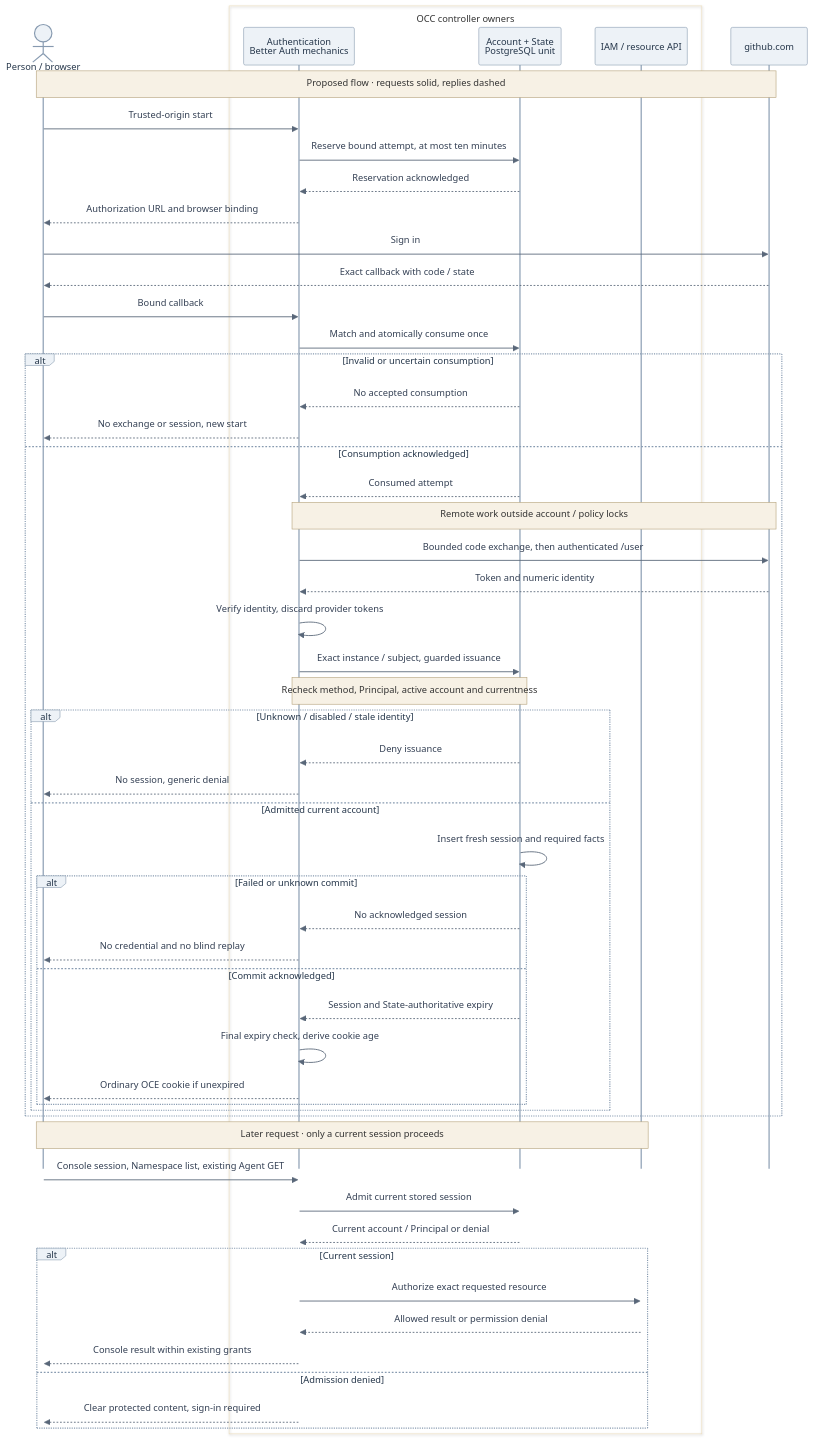
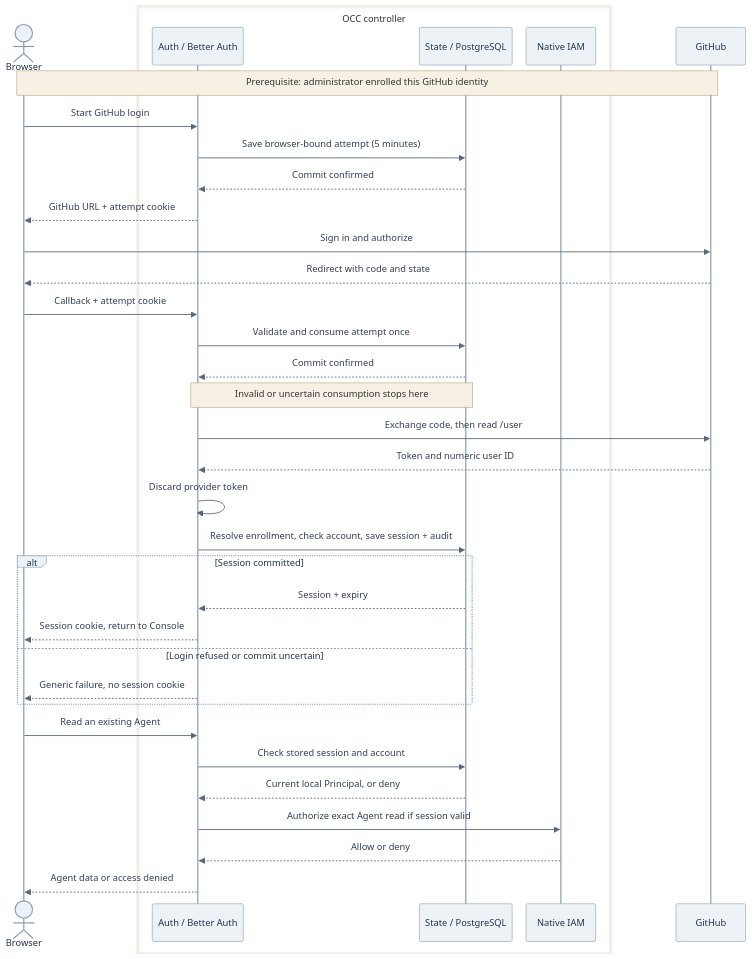
The diagram in specs/31-human-federated-sign-in/request-lifecycle.mmd (IsaiahStapleton/openclaw-enterprise), drawn with Mermaid before and after one commit. The commit also changed 7 other files, not shown here.

Commit message:
docs: clarify the GitHub sign-in MVP contract

```diff
--- a/specs/31-human-federated-sign-in/request-lifecycle.mmd
+++ b/specs/31-human-federated-sign-in/request-lifecycle.mmd
@@ -1,75 +1,56 @@
 ---
 config:
   theme: base
   htmlLabels: true
   themeVariables:
     fontSize: 15px
     actorBkg: "#EDF2F7"
     actorBorder: "#879AB0"
     actorTextColor: "#25364A"
     signalColor: "#596779"
     signalTextColor: "#344054"
     noteBkgColor: "#F7F1E5"
     noteBorderColor: "#B3A078"
   sequence:
-    mirrorActors: false
+    mirrorActors: true
     useMaxWidth: true
     actorMargin: 24
-    width: 132
-    messageMargin: 22
-    noteMargin: 12
+    width: 120
+    messageMargin: 20
+    noteMargin: 10
 ---
 sequenceDiagram
-  actor Browser as Person / browser
-  box OCC controller owners
-    participant Auth as Authentication<br/>Better Auth mechanics
-    participant State as Account + State<br/>PostgreSQL unit
-    participant IAM as IAM / resource API
+  actor Browser
+  box OCC controller
+    participant Auth as Auth / Better Auth
+    participant State as State / PostgreSQL
+    participant IAM as Native IAM
   end
-  participant GitHub as github.com
-  Note over Browser,GitHub: Proposed flow · requests solid, replies dashed
-  Browser->>Auth: Trusted-origin start
-  Auth->>State: Reserve bound attempt, at most ten minutes
-  State-->>Auth: Reservation acknowledged
-  Auth-->>Browser: Authorization URL and browser binding
-  Browser->>GitHub: Sign in
-  GitHub-->>Browser: Exact callback with code / state
-  Browser->>Auth: Bound callback
-  Auth->>State: Match and atomically consume once
-  alt Invalid or uncertain consumption
-    State-->>Auth: No accepted consumption
-    Auth-->>Browser: No exchange or session, new start
-  else Consumption acknowledged
-    State-->>Auth: Consumed attempt
-    Note over Auth,GitHub: Remote work outside account / policy locks
-    Auth->>GitHub: Bounded code exchange, then authenticated /user
-    GitHub-->>Auth: Token and numeric identity
-    Auth->>Auth: Verify identity, discard provider tokens
-    Auth->>State: Exact instance / subject, guarded issuance
-    Note over Auth,State: Recheck method, Principal, active account and currentness
-    alt Unknown / disabled / stale identity
-      State-->>Auth: Deny issuance
-      Auth-->>Browser: No session, generic denial
-    else Admitted current account
-      State->>State: Insert fresh session and required facts
-      alt Failed or unknown commit
-        State-->>Auth: No acknowledged session
-        Auth-->>Browser: No credential and no blind replay
-      else Commit acknowledged
-        State-->>Auth: Session and State-authoritative expiry
-        Auth->>Auth: Final expiry check, derive cookie age
-        Auth-->>Browser: Ordinary OCE cookie if unexpired
-      end
-    end
+  participant GitHub
+  Note over Browser,GitHub: Prerequisite: administrator enrolled this GitHub identity
+  Browser->>Auth: Start GitHub login
+  Auth->>State: Save browser-bound attempt (5 minutes)
+  State-->>Auth: Commit confirmed
+  Auth-->>Browser: GitHub URL + attempt cookie
+  Browser->>GitHub: Sign in and authorize
+  GitHub-->>Browser: Redirect with code and state
+  Browser->>Auth: Callback + attempt cookie
+  Auth->>State: Validate and consume attempt once
+  State-->>Auth: Commit confirmed
+  Note over Auth,State: Invalid or uncertain consumption stops here
+  Auth->>GitHub: Exchange code, then read /user
+  GitHub-->>Auth: Token and numeric user ID
+  Auth->>Auth: Discard provider token
+  Auth->>State: Resolve enrollment, check account, save session + audit
+  alt Session committed
+    State-->>Auth: Session + expiry
+    Auth-->>Browser: Session cookie, return to Console
+  else Login refused or commit uncertain
+    Auth-->>Browser: Generic failure, no session cookie
   end
-  Note over Browser,IAM: Later request · only a current session proceeds
-  Browser->>Auth: Console session, Namespace list, existing Agent GET
-  Auth->>State: Admit current stored session
-  State-->>Auth: Current account / Principal or denial
-  alt Current session
-    Auth->>IAM: Authorize exact requested resource
-    IAM-->>Auth: Allowed result or permission denial
-    Auth-->>Browser: Console result within existing grants
-  else Admission denied
-    Auth-->>Browser: Clear protected content, sign-in required
-  end
+  Browser->>Auth: Read an existing Agent
+  Auth->>State: Check stored session and account
+  State-->>Auth: Current local Principal, or deny
+  Auth->>IAM: Authorize exact Agent read if session valid
+  IAM-->>Auth: Allow or deny
+  Auth-->>Browser: Agent data or access denied
```
